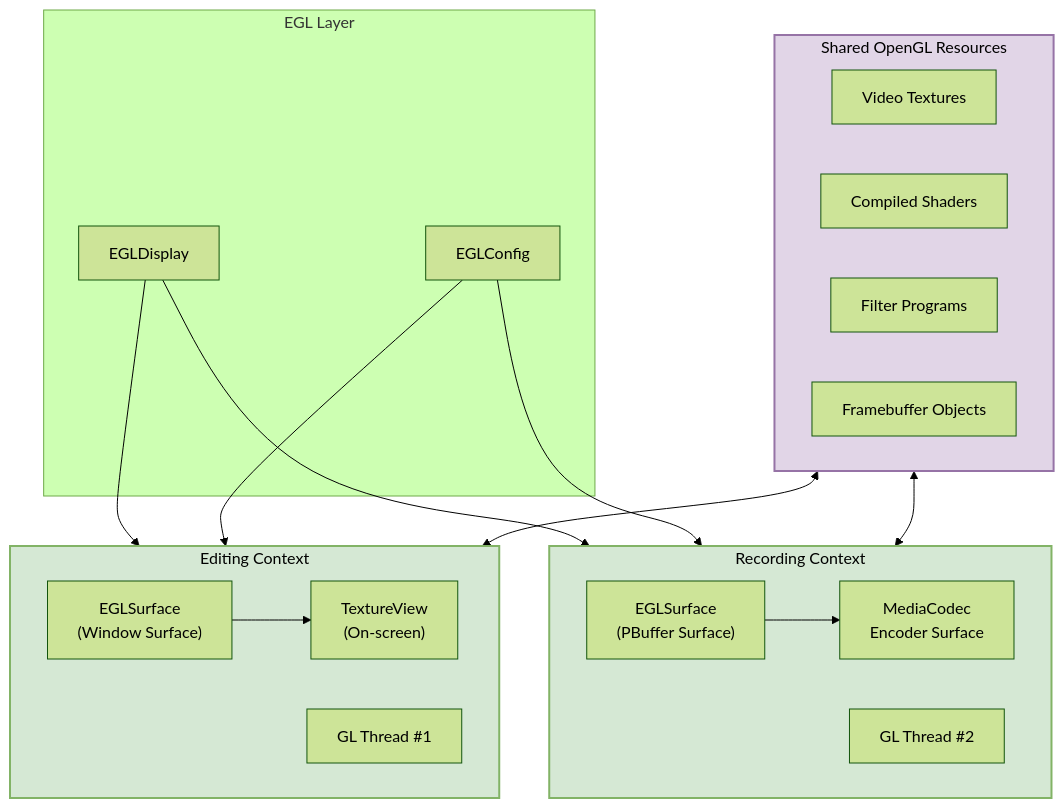
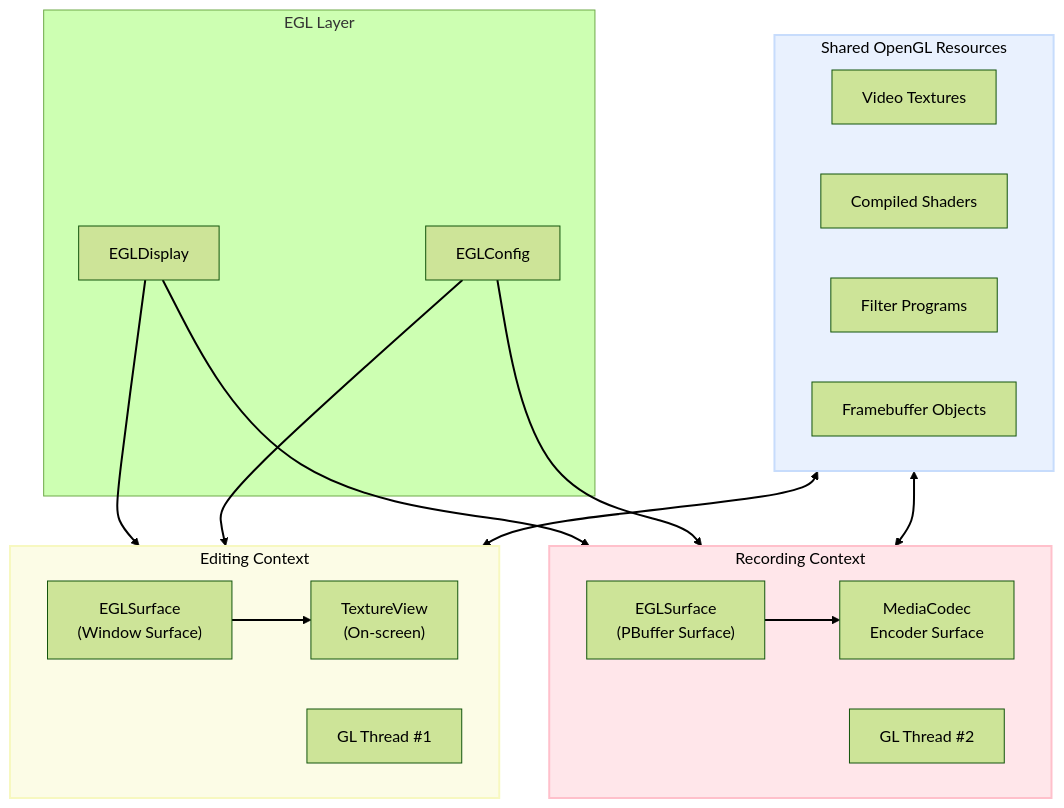
The second of 5 diagrams in _posts/2021-11-21-storybeat-tales.md (monday8am/monday8am.github.io), drawn with Mermaid (forest theme) before and after one commit. The commit also changed other lines of this file, not shown here.

````diff
--- a/_posts/2021-11-21-storybeat-tales.md
+++ b/_posts/2021-11-21-storybeat-tales.md
@@ -140,46 +143,48 @@
 ```mermaid
 flowchart TB
-    classDef blue fill:#dae8fc,stroke:#6c8ebf,stroke-width:2px,color:black
-    classDef green fill:#d5e8d4,stroke:#82b366,stroke-width:2px,color:black
-    classDef purple fill:#e1d5e7,stroke:#9673a6,stroke-width:2px,color:black
+    classDef green fill:#c0f8d066,stroke:#c0f8d0,stroke-width:2px,color:black
+    classDef blue fill:#c7dcfc66,stroke:#c7dcfc,stroke-width:2px,color:black
+    classDef yellow fill:#f7f8c066,stroke:#f7f8c0,stroke-width:2px,color:black
+    classDef red fill:#ffc0cb66,stroke:#ffc0cb,stroke-width:2px,color:black
+    linkStyle default stroke:black,stroke-width:2px,color:black
 
     subgraph EGL["EGL Layer"]
         EGLDisplay["EGLDisplay"]
         EGLConfig["EGLConfig"]
     end
 
     subgraph SharedResources["Shared OpenGL Resources"]
         direction LR
         Textures["Video Textures"]
         Shaders["Compiled Shaders"]
         Filters["Filter Programs"]
         FBOs["Framebuffer Objects"]
     end
 
     subgraph EditContext["Editing Context"]
         EditSurface["EGLSurface<br/>(Window Surface)"]
         EditThread["GL Thread #1"]
         TextView["TextureView<br/>(On-screen)"]
     end
 
     subgraph RecordContext["Recording Context"]
         RecordSurface["EGLSurface<br/>(PBuffer Surface)"]
         RecordThread["GL Thread #2"]
         Encoder["MediaCodec<br/>Encoder Surface"]
     end
 
     EGLDisplay --> EditContext
     EGLDisplay --> RecordContext
     EGLConfig --> EditContext
     EGLConfig --> RecordContext
 
     SharedResources <--> EditContext
     SharedResources <--> RecordContext
 
     EditSurface --> TextView
     RecordSurface --> Encoder
 
-    style SharedResources fill:#e1d5e7,stroke:#9673a6,stroke-width:2px,color:black
-    style EditContext fill:#d5e8d4,stroke:#82b366,stroke-width:2px,color:black
-    style RecordContext fill:#d5e8d4,stroke:#82b366,stroke-width:2px,color:black
+    style SharedResources fill:#c7dcfc66,stroke:#c7dcfc,stroke-width:2px,color:black
+    style EditContext fill:#f7f8c066,stroke:#f7f8c0,stroke-width:2px,color:black
+    style RecordContext fill:#ffc0cb66,stroke:#ffc0cb,stroke-width:2px,color:black
 ```
````
